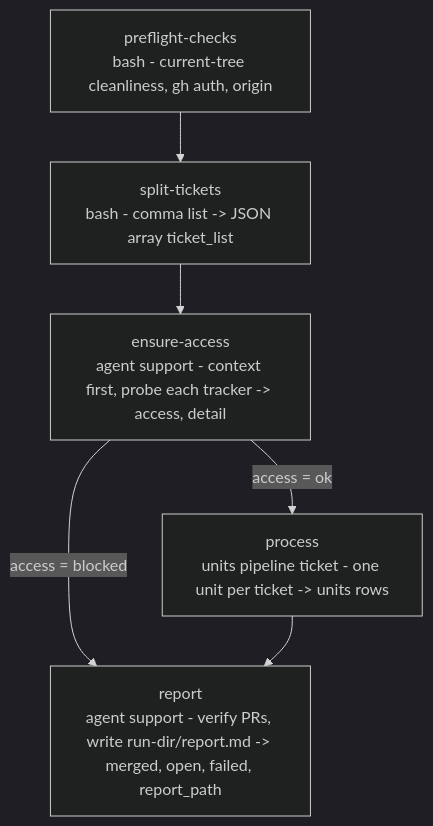
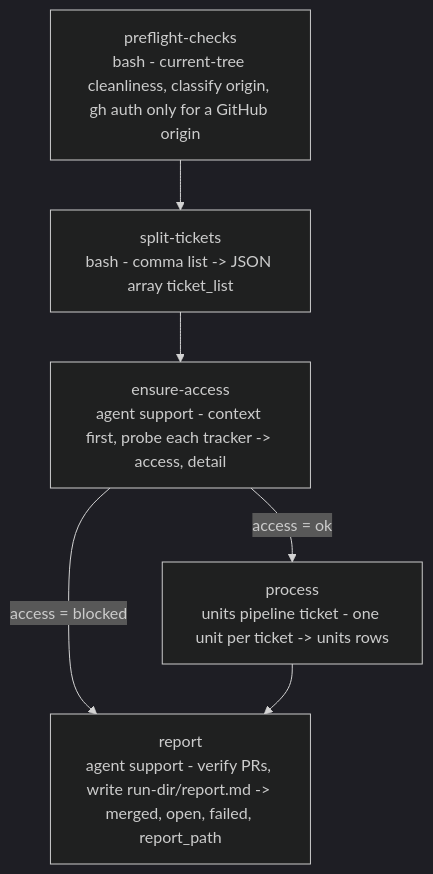
Before and after one commit to e1024kb/wise-claude: the diagram in plugins/wise/workflows/ticket-auto/README.md, drawn with Mermaid (dark theme). The commit also changed other lines of this file and 4 other files, not shown here.

Commit message:
docs(wise): document no-GitHub-remote behavior and bump to 5.14.0 (#88)

````diff
--- a/plugins/wise/workflows/ticket-auto/README.md
+++ b/plugins/wise/workflows/ticket-auto/README.md
@@ -66,8 +71,8 @@
 ```mermaid
 flowchart TD
-    A[preflight-checks<br/>bash - current-tree cleanliness, gh auth, origin] --> B[split-tickets<br/>bash - comma list -> JSON array ticket_list]
+    A[preflight-checks<br/>bash - current-tree cleanliness, classify origin, gh auth only for a GitHub origin] --> B[split-tickets<br/>bash - comma list -> JSON array ticket_list]
     B --> C[ensure-access<br/>agent support - context first, probe each tracker -> access, detail]
     C -->|access = ok| D[process<br/>units pipeline ticket - one unit per ticket -> units rows]
     C -->|access = blocked| E
     D --> E[report<br/>agent support - verify PRs, write run-dir/report.md -> merged, open, failed, report_path]
 ```
````
